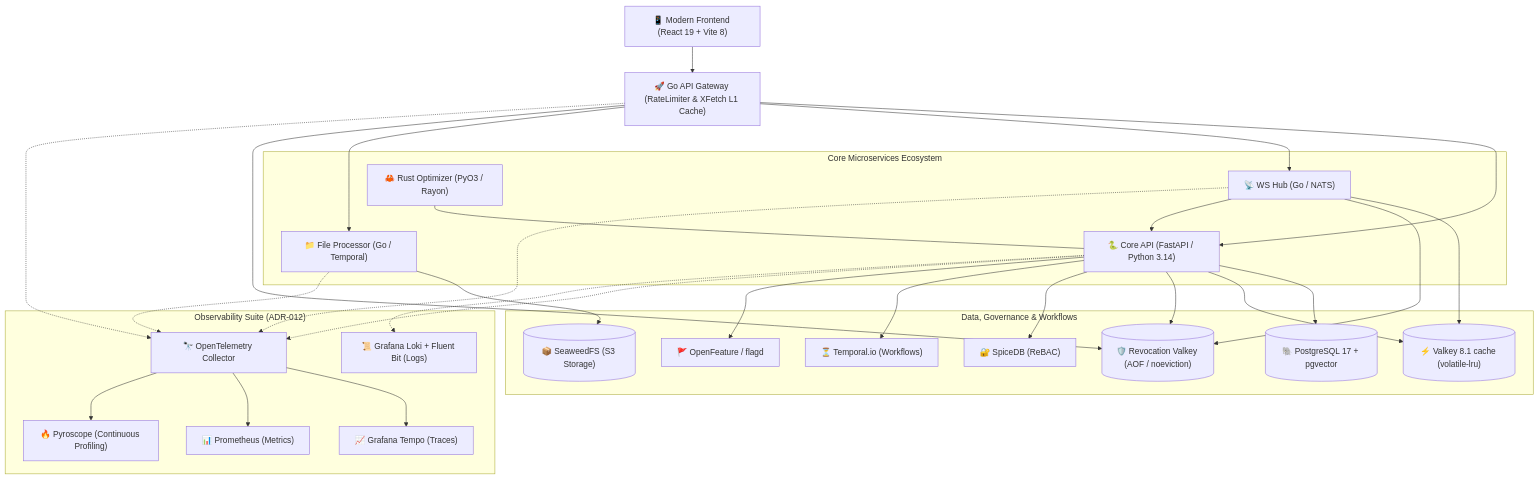
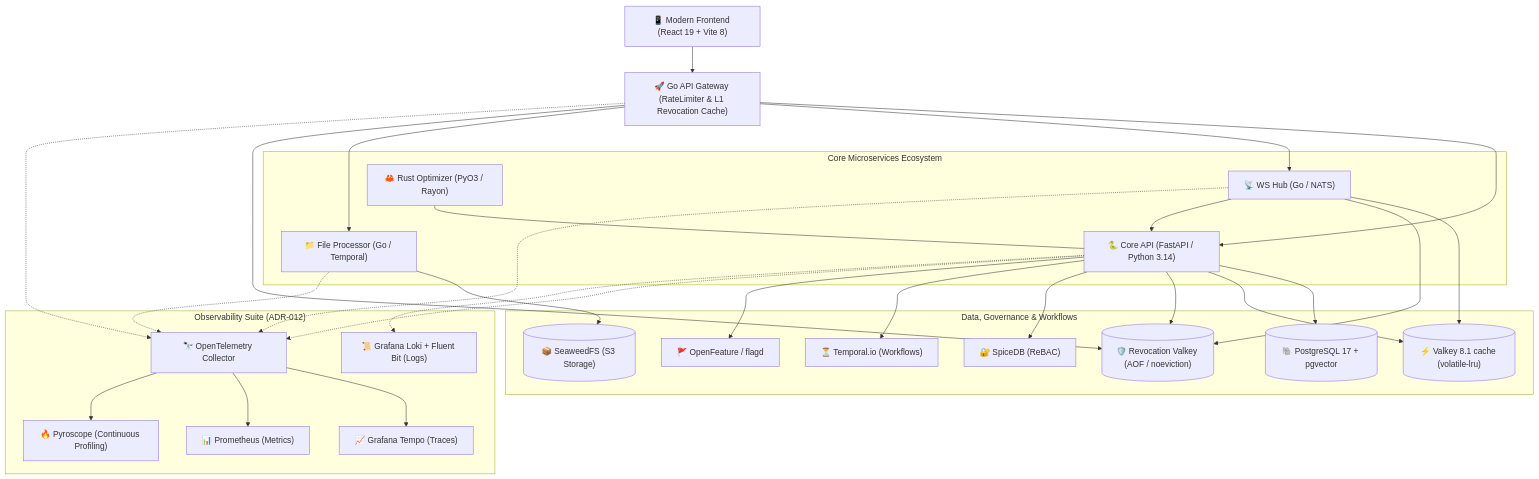
Before and after one commit to egorribun/university_ecosystem: the first of 3 diagrams in README.md, drawn with Mermaid. The commit also changed other lines of this file and 110 other files, not shown here.

````diff
--- a/README.md
+++ b/README.md
@@ -90,59 +90,59 @@
 ```mermaid
 graph TD
     Client["📱 Modern Frontend (React 19 + Vite 8)"]
-    Gateway["🚀 Go API Gateway (RateLimiter & XFetch L1 Cache)"]
+    Gateway["🚀 Go API Gateway (RateLimiter & L1 Revocation Cache)"]
 
     subgraph "Core Microservices Ecosystem"
         Backend["🐍 Core API (FastAPI / Python 3.14)"]
         WSHub["📡 WS Hub (Go / NATS)"]
         FileProc["📁 File Processor (Go / Temporal)"]
         Optimizer["🦀 Rust Optimizer (PyO3 / Rayon)"]
     end
 
     subgraph "Data, Governance & Workflows"
         Postgres[("🐘 PostgreSQL 17 + pgvector")]
         Valkey[("⚡ Valkey 8.1 cache (volatile-lru)")]
         Revocations[("🛡️ Revocation Valkey (AOF / noeviction)")]
         MinIO[("📦 SeaweedFS (S3 Storage)")]
         Temporal["⏳ Temporal.io (Workflows)"]
         SpiceDB["🔐 SpiceDB (ReBAC)"]
         Flagd["🚩 OpenFeature / flagd"]
     end
 
     subgraph "Observability Suite (ADR-012)"
         OTEL["🔭 OpenTelemetry Collector"]
         Tempo["📈 Grafana Tempo (Traces)"]
         Prometheus["📊 Prometheus (Metrics)"]
         Pyroscope["🔥 Pyroscope (Continuous Profiling)"]
         Loki["📜 Grafana Loki + Fluent Bit (Logs)"]
     end
 
     Client --> Gateway
     Gateway --> Backend
     Gateway --> WSHub
     Gateway --> FileProc
 
     Backend --> Postgres
     Backend --> Valkey
     Backend --> Revocations
     Backend --> SpiceDB
     Backend --> Temporal
     Backend --> Flagd
 
     WSHub --> Valkey
     WSHub --> Revocations
     Gateway --> Revocations
     WSHub --> Backend
     FileProc --> MinIO
     Optimizer --- Backend
 
     Backend -.-> OTEL
     Gateway -.-> OTEL
     WSHub -.-> OTEL
     FileProc -.-> OTEL
 
     OTEL --> Tempo
     OTEL --> Prometheus
     OTEL --> Pyroscope
     Backend -.-> Loki
 ```
````
